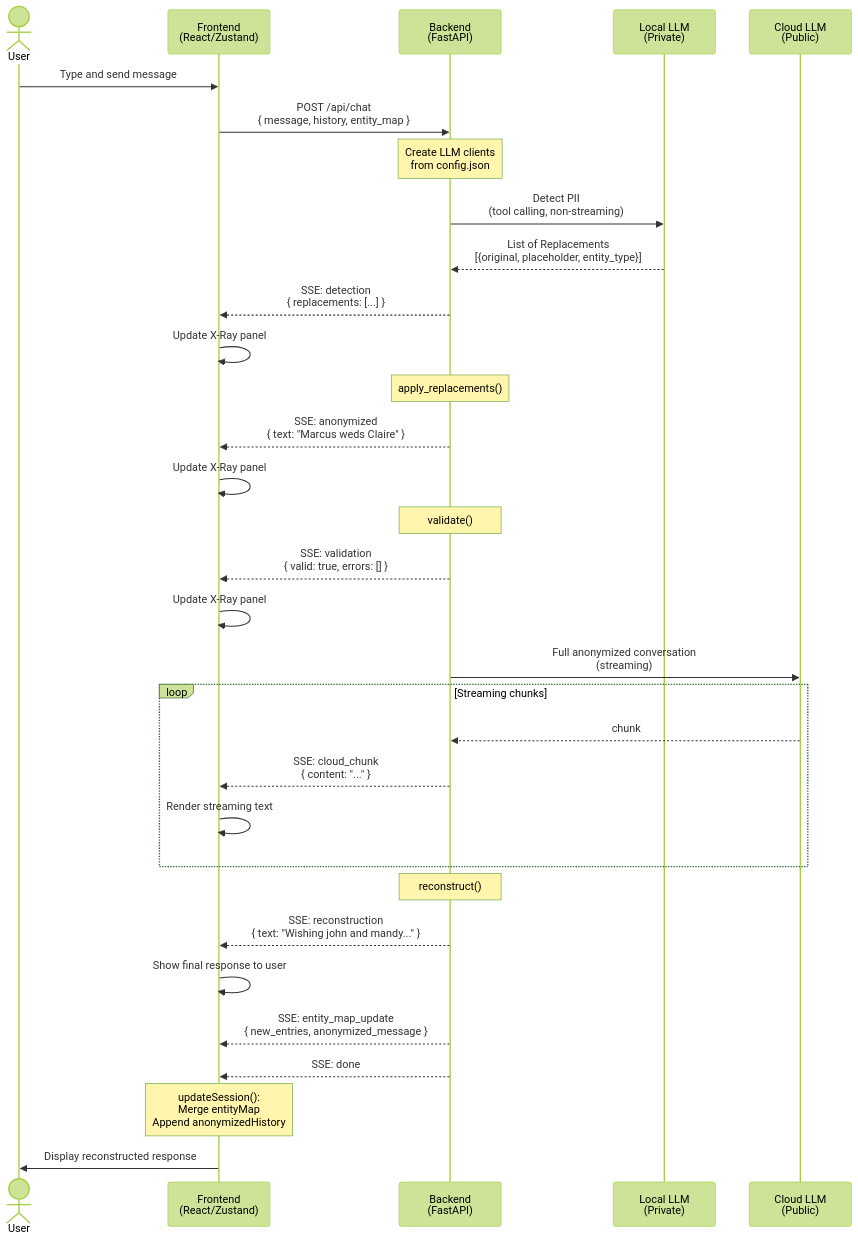
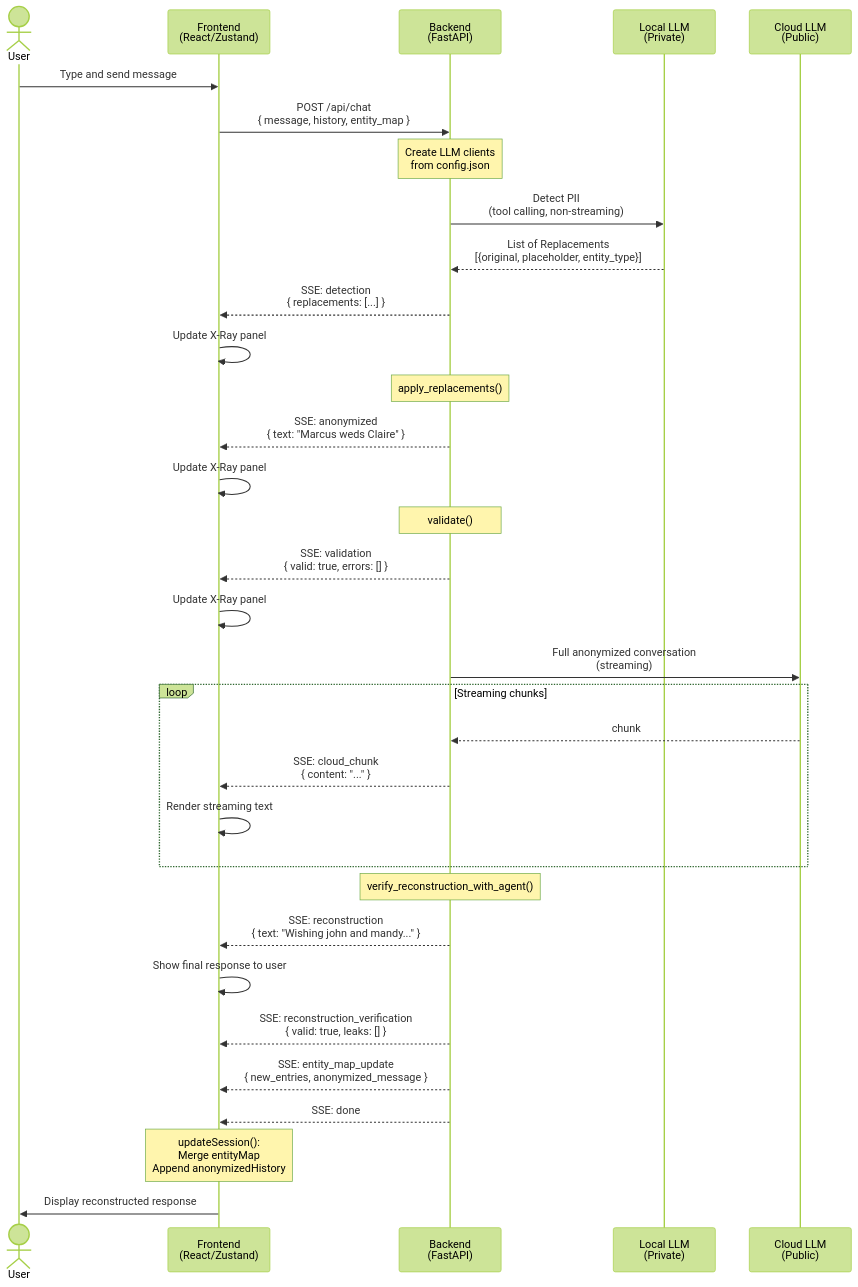
The fourth of 6 diagrams in diagrams.md (itzrnvr/CloakChat), drawn with Mermaid (forest theme) before and after one commit. The commit also changed other lines of this file and 72 other files, not shown here.

First line of the commit message:
feat: PydanticAI privacy agent, clarification flow, debug tracing, verification

````diff
--- a/diagrams.md
+++ b/diagrams.md
@@ -167,46 +175,48 @@
 ```mermaid
 sequenceDiagram
     actor User
     participant FE as Frontend<br/>(React/Zustand)
     participant BE as Backend<br/>(FastAPI)
     participant Local as Local LLM<br/>(Private)
     participant Cloud as Cloud LLM<br/>(Public)
 
     User->>FE: Type and send message
     FE->>BE: POST /api/chat<br/>{ message, history, entity_map }
 
     Note over BE: Create LLM clients<br/>from config.json
 
     BE->>Local: Detect PII<br/>(tool calling, non-streaming)
     Local-->>BE: List of Replacements<br/>[{original, placeholder, entity_type}]
 
     BE-->>FE: SSE: detection<br/>{ replacements: [...] }
     FE->>FE: Update X-Ray panel
 
     Note over BE: apply_replacements()
     BE-->>FE: SSE: anonymized<br/>{ text: "Marcus weds Claire" }
     FE->>FE: Update X-Ray panel
 
     Note over BE: validate()
     BE-->>FE: SSE: validation<br/>{ valid: true, errors: [] }
     FE->>FE: Update X-Ray panel
 
     BE->>Cloud: Full anonymized conversation<br/>(streaming)
 
     loop Streaming chunks
         Cloud-->>BE: chunk
         BE-->>FE: SSE: cloud_chunk<br/>{ content: "..." }
         FE->>FE: Render streaming text
     end
 
-    Note over BE: reconstruct()
+    Note over BE: verify_reconstruction_with_agent()
     BE-->>FE: SSE: reconstruction<br/>{ text: "Wishing john and mandy..." }
     FE->>FE: Show final response to user
+
+    BE-->>FE: SSE: reconstruction_verification<br/>{ valid: true, leaks: [] }
 
     BE-->>FE: SSE: entity_map_update<br/>{ new_entries, anonymized_message }
 
     BE-->>FE: SSE: done
 
     Note over FE: updateSession():<br/>Merge entityMap<br/>Append anonymizedHistory
     FE->>User: Display reconstructed response
 ```
````
